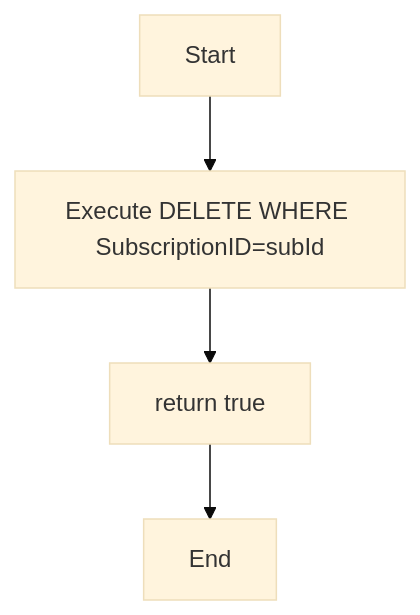
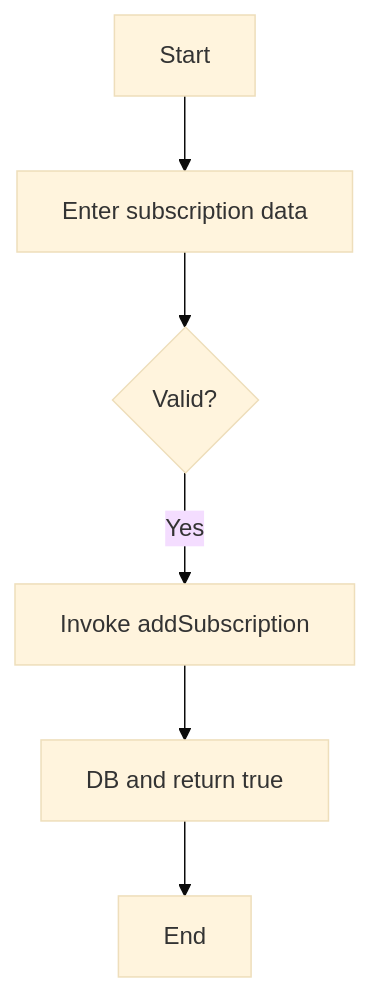
Before and after one commit to HashirOwais/NextPay-Subscription_Simplifed: the ninth of 12 diagrams in TESTING.md, drawn with Mermaid (base theme). The commit also changed other lines of this file and 2 other files, not shown here.

````diff
--- a/TESTING.md
+++ b/TESTING.md
@@ -64,6 +211,8 @@
 ```mermaid
 flowchart TD
-  Start --> Delete[Execute DELETE WHERE SubscriptionID=subId]
-  Delete --> ReturnTrue[return true]
-  ReturnTrue --> End
+  Start --> Input[Enter subscription data]
+  Input --> Check{Valid?}
+  Check -- Yes --> Save[Invoke addSubscription]
+  Save --> Verify[DB and return true]
+  Verify --> End
 ```
````
